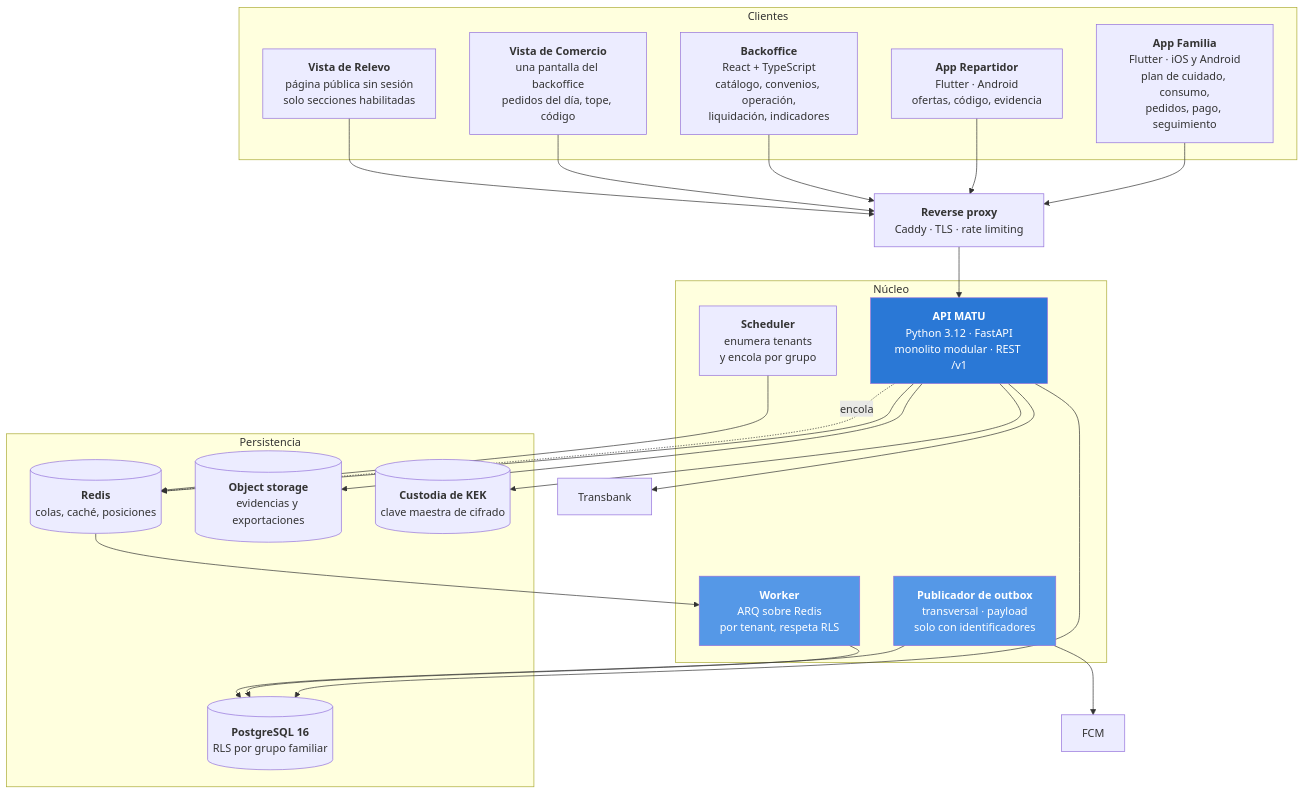
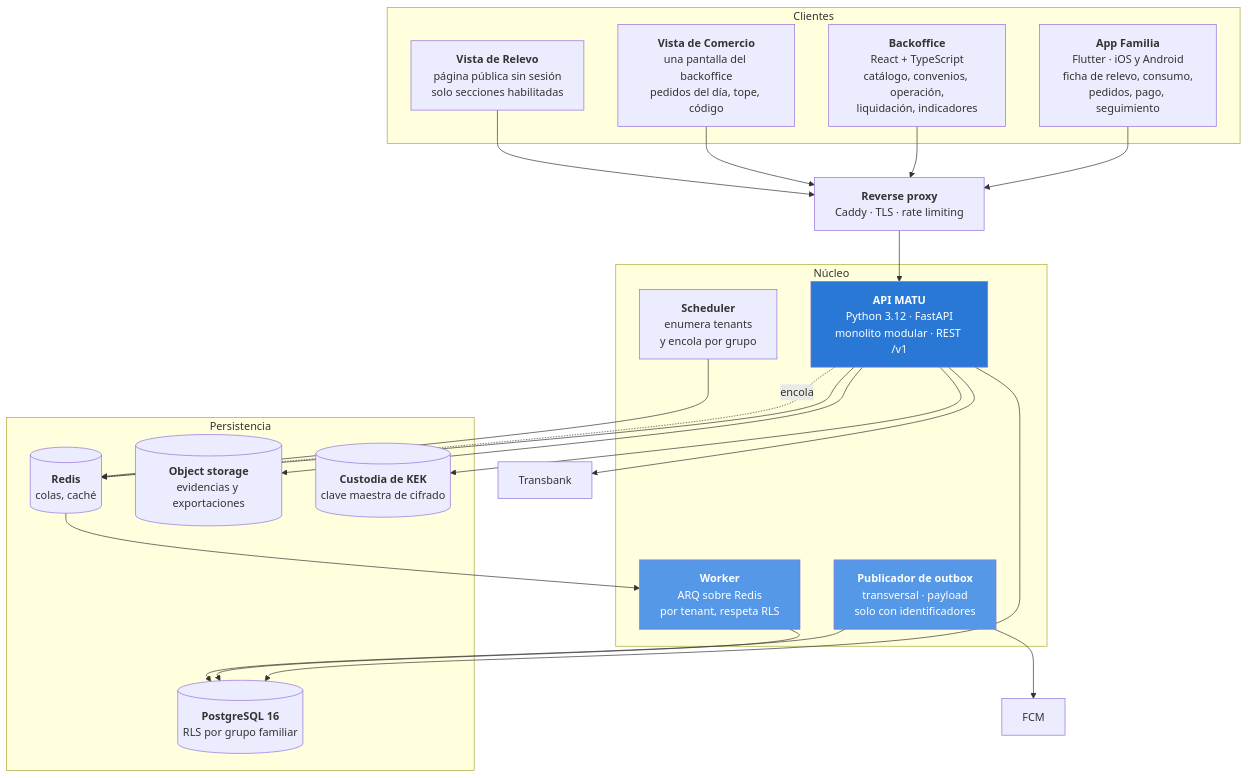
One commit to MartinHenriquez131/MATU changed the third of 11 diagrams in Docs/arquitectura.md. Above: the diagram before and after it, drawn with Mermaid. The commit also changed other lines of this file, not shown here.

````diff
--- a/Docs/arquitectura.md
+++ b/Docs/arquitectura.md
@@ -302,48 +325,46 @@
 ```mermaid
 graph TB
     subgraph "Clientes"
-        AF["<b>App Familia</b><br/>Flutter · iOS y Android<br/>plan de cuidado, consumo,<br/>pedidos, pago, seguimiento"]
-        AR["<b>App Repartidor</b><br/>Flutter · Android<br/>ofertas, código, evidencia"]
+        AF["<b>App Familia</b><br/>Flutter · iOS y Android<br/>ficha de relevo, consumo,<br/>pedidos, pago, seguimiento"]
         BO["<b>Backoffice</b><br/>React + TypeScript<br/>catálogo, convenios, operación,<br/>liquidación, indicadores"]
         VC["<b>Vista de Comercio</b><br/>una pantalla del backoffice<br/>pedidos del día, tope, código"]
         VR["<b>Vista de Relevo</b><br/>página pública sin sesión<br/>solo secciones habilitadas"]
     end
 
     GW["<b>Reverse proxy</b><br/>Caddy · TLS · rate limiting"]
 
     subgraph "Núcleo"
         API["<b>API MATU</b><br/>Python 3.12 · FastAPI<br/>monolito modular · REST /v1"]
         WK["<b>Worker</b><br/>ARQ sobre Redis<br/>por tenant, respeta RLS"]
         PUB["<b>Publicador de outbox</b><br/>transversal · payload<br/>solo con identificadores"]
         SCH["<b>Scheduler</b><br/>enumera tenants<br/>y encola por grupo"]
     end
 
     subgraph "Persistencia"
         PG[("<b>PostgreSQL 16</b><br/>RLS por grupo familiar")]
-        RD[("<b>Redis</b><br/>colas, caché, posiciones")]
+        RD[("<b>Redis</b><br/>colas, caché")]
         S3[("<b>Object storage</b><br/>evidencias y exportaciones")]
         KM[("<b>Custodia de KEK</b><br/>clave maestra de cifrado")]
     end
 
     AF --> GW
-    AR --> GW
     BO --> GW
     VC --> GW
     VR --> GW
     GW --> API
     API --> PG
     API --> RD
     API --> S3
     API --> KM
     API -.->|encola| RD
     RD --> WK
     SCH --> RD
     WK --> PG
     PUB --> PG
     PUB --> FCM["FCM"]
     API --> TB["Transbank"]
 
     style API fill:#2a78d6,color:#fff
     style WK fill:#5598e7,color:#fff
     style PUB fill:#5598e7,color:#fff
 ```
````
